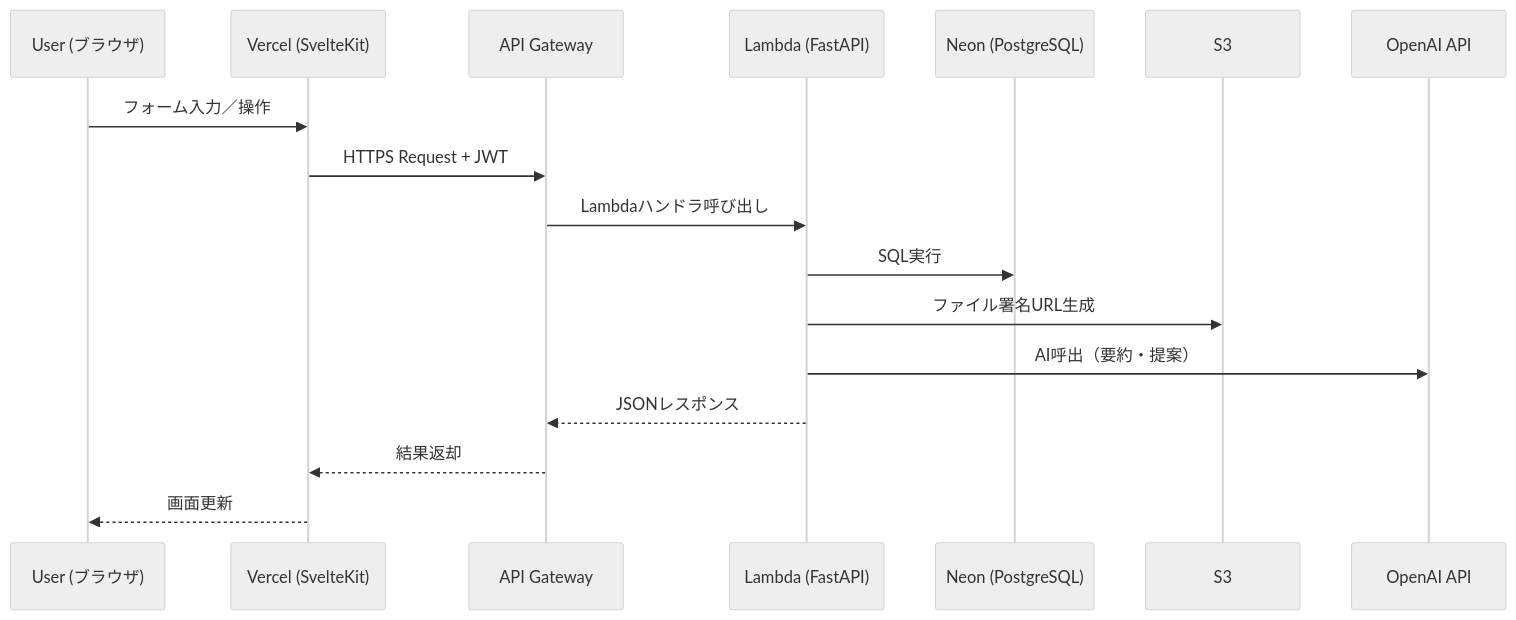
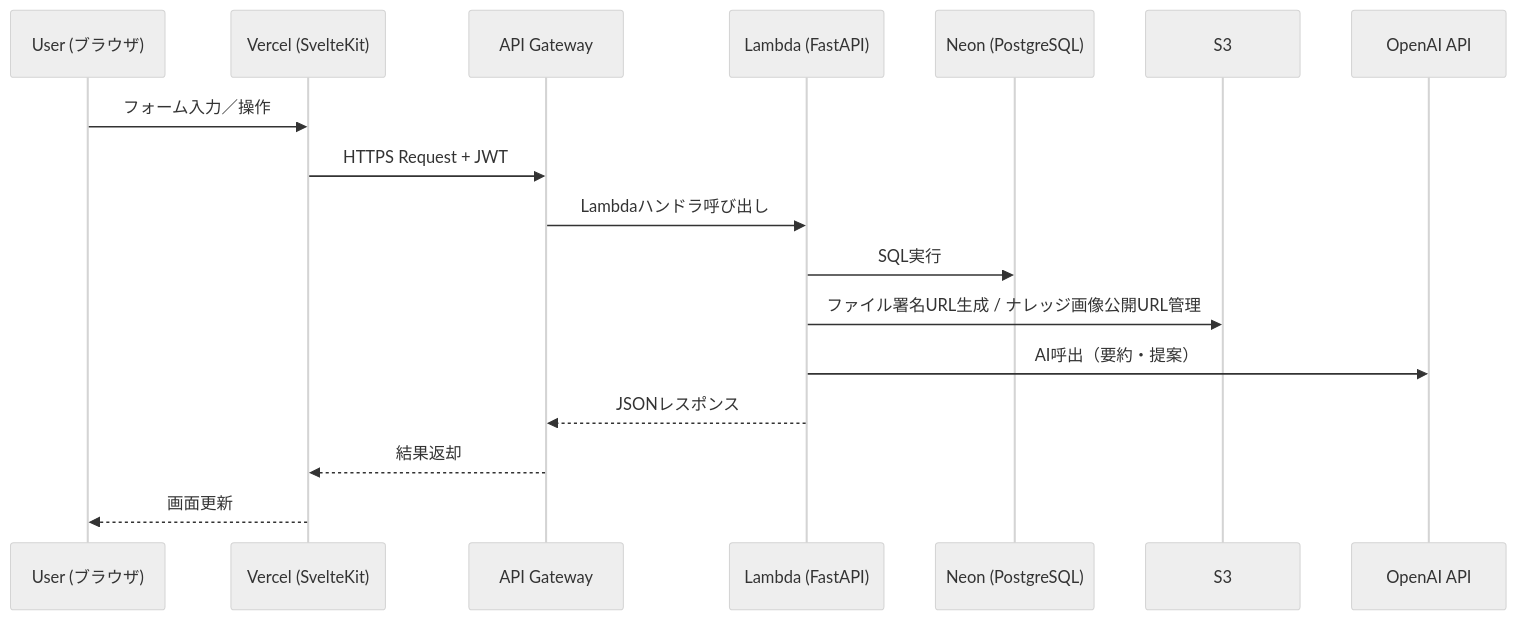
The third of 5 diagrams in architecture.md (kuturogi99with99jazz/sister2-docs), drawn with Mermaid (neutral theme) before and after one commit. The commit also changed other lines of this file, not shown here.

````diff
--- a/architecture.md
+++ b/architecture.md
@@ -100,20 +127,20 @@
 ```mermaid
 sequenceDiagram
   participant U as User (ブラウザ)
   participant F as Vercel (SvelteKit)
   participant G as API Gateway
   participant L as Lambda (FastAPI)
   participant N as Neon (PostgreSQL)
   participant S as S3
   participant O as OpenAI API
 
   U->>F: フォーム入力／操作
   F->>G: HTTPS Request + JWT
   G->>L: Lambdaハンドラ呼び出し
   L->>N: SQL実行
-  L->>S: ファイル署名URL生成
+  L->>S: ファイル署名URL生成 / ナレッジ画像公開URL管理
   L->>O: AI呼出（要約・提案）
   L-->>G: JSONレスポンス
   G-->>F: 結果返却
   F-->>U: 画面更新
 ```
````
